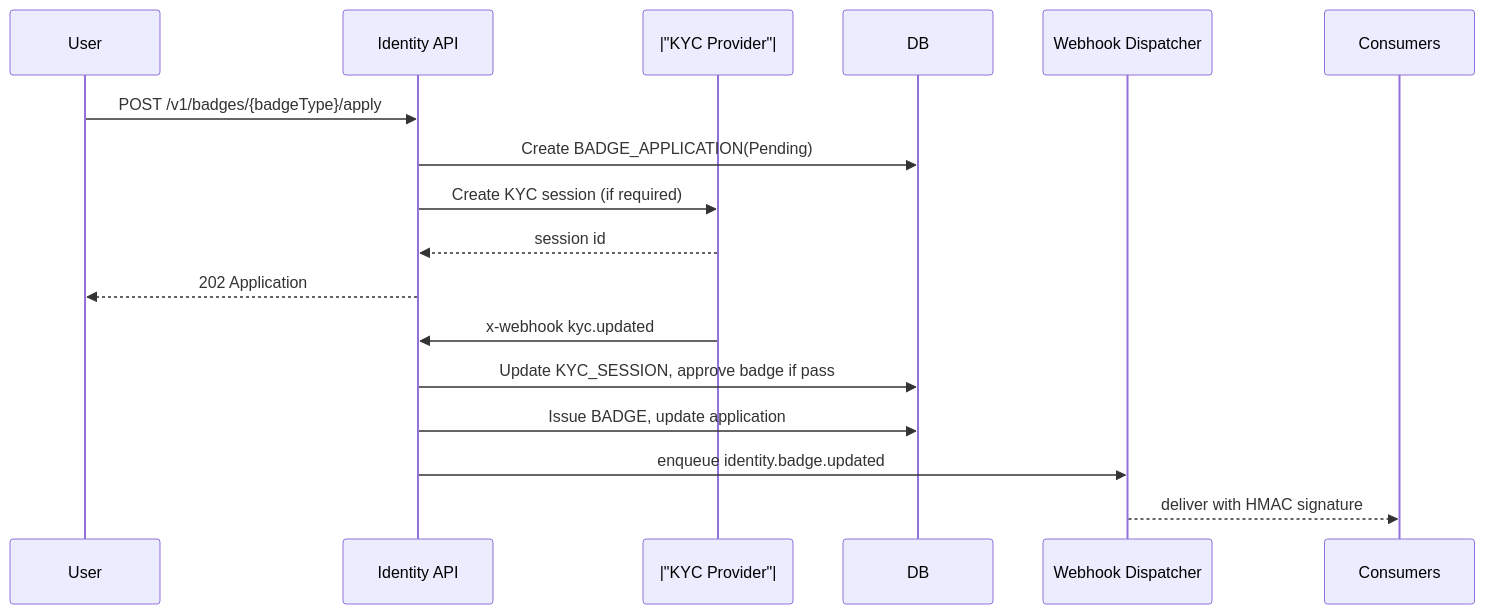
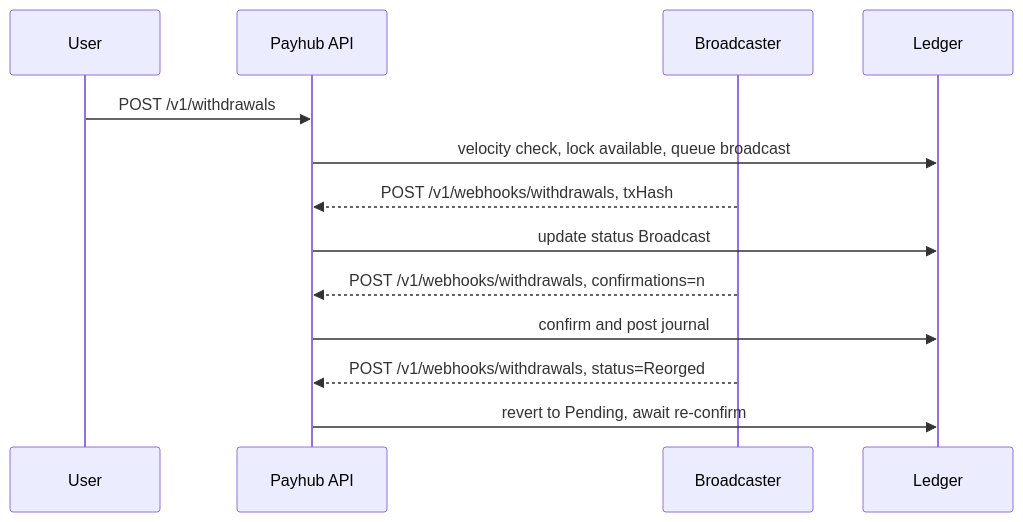
One commit to bkkac/tg-miniapp-payhub-service changed the fifth of 7 diagrams in SystemDesign.md. Above: the diagram before and after it, drawn with Mermaid. The commit also changed other lines of this file, not shown here.

````diff
--- a/SystemDesign.md
+++ b/SystemDesign.md
@@ -1048,18 +1011,15 @@
 ```mermaid
 sequenceDiagram
   participant U as User
-  participant API as Identity API
-  participant KYC as |"KYC Provider"|
-  participant DB as DB
-  participant WH as Webhook Dispatcher
-  U->>API: POST /v1/badges/{badgeType}/apply
-  API->>DB: Create BADGE_APPLICATION(Pending)
-  API->>KYC: Create KYC session (if required)
-  KYC-->>API: session id
-  API-->>U: 202 Application
-  KYC->>API: x-webhook kyc.updated
-  API->>DB: Update KYC_SESSION, approve badge if pass
-  API->>DB: Issue BADGE, update application
-  API->>WH: enqueue identity.badge.updated
-  WH-->>Consumers: deliver with HMAC signature
+  participant PH as Payhub API
+  participant B as Broadcaster
+  participant DB as Ledger
+  U->>PH: POST /v1/withdrawals
+  PH->>DB: velocity check, lock available, queue broadcast
+  B-->>PH: POST /v1/webhooks/withdrawals, txHash
+  PH->>DB: update status Broadcast
+  B-->>PH: POST /v1/webhooks/withdrawals, confirmations=n
+  PH->>DB: confirm and post journal
+  B-->>PH: POST /v1/webhooks/withdrawals, status=Reorged
+  PH->>DB: revert to Pending, await re-confirm
 ```
````
